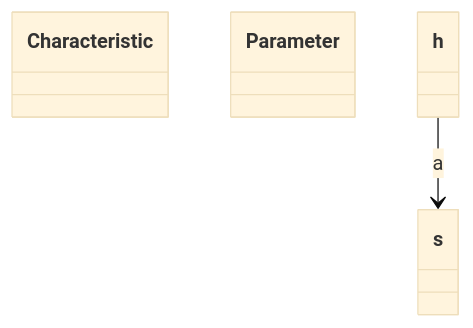
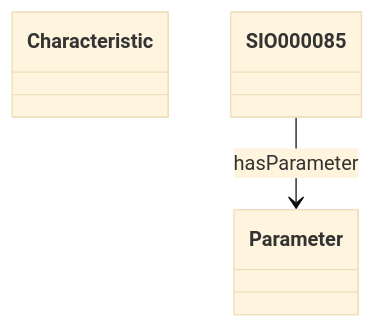
One commit to oeg-upm/Devos changed the diagram in output/ieswc_freq/explanation-ontology.owl-freq-5.md. Above: the diagram before and after it, drawn with Mermaid (base theme). The commit also changed 315 other files, not shown here.

````diff
--- a/output/ieswc_freq/explanation-ontology.owl-freq-5.md
+++ b/output/ieswc_freq/explanation-ontology.owl-freq-5.md
@@ -1,17 +1,17 @@
 ```mermaid
 	classDiagram
 
     
     class Characteristic {
     
     }
 
     class Parameter {
     
     }
 
 
 
-h  --> s   :a  
+SIO000085  --> Parameter   :hasParameter  
 
 ```
````
